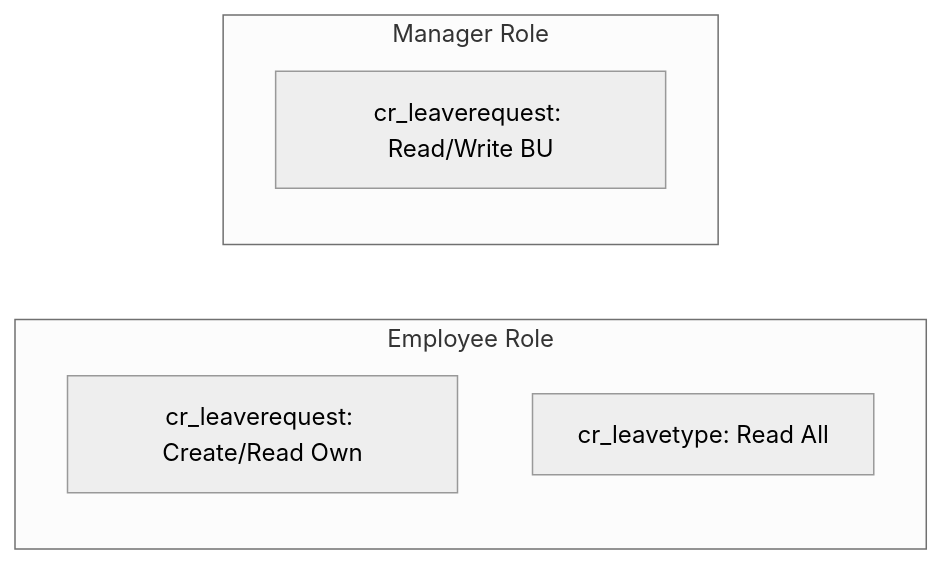
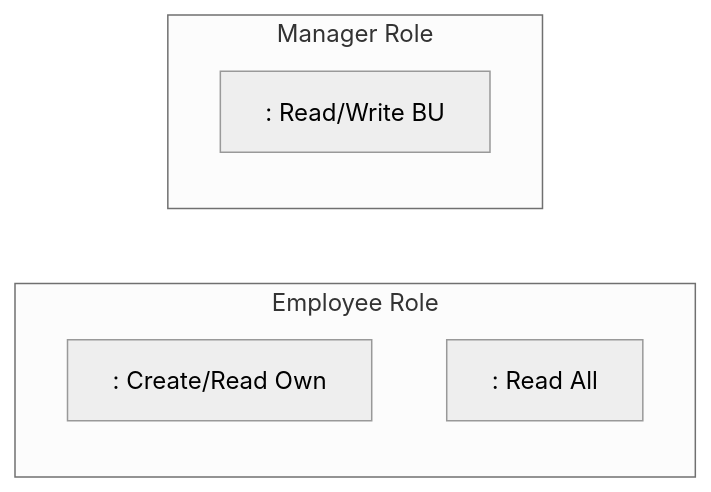
One commit to Genb2nu/Relay changed the fifth of 6 diagrams in commands/visualise.md. Above: the diagram before and after it, drawn with Mermaid (neutral theme). The commit also changed other lines of this file and 10 other files, not shown here.

Commit message:
v0.2.4+0.2.5: Remove project-specific content from plugin files; flow activation + connection wiring now automated via Dataverse clientdata PATCH; generic placeholders throughout; updated manual items list

````diff
--- a/commands/visualise.md
+++ b/commands/visualise.md
@@ -88,10 +88,10 @@
 ```mermaid
 graph LR
     subgraph Employee Role
-        E1[cr_leaverequest: Create/Read Own]
-        E2[cr_leavetype: Read All]
+        E1[<table>: Create/Read Own]
+        E2[<table>: Read All]
     end
     subgraph Manager Role
-        M1[cr_leaverequest: Read/Write BU]
+        M1[<table>: Read/Write BU]
     end
 ```
````
